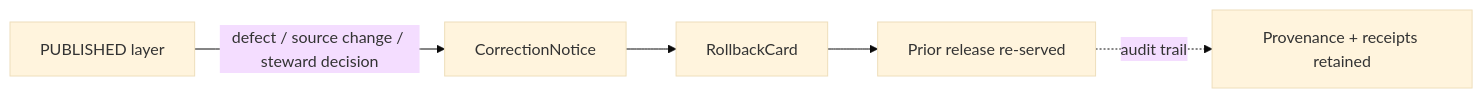
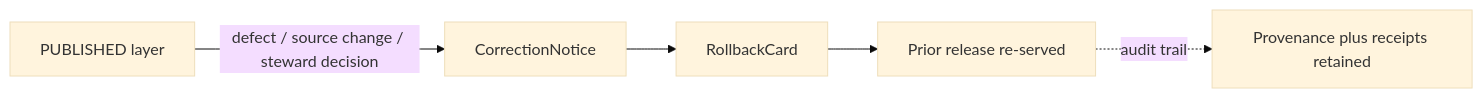
Before and after one commit to bartytime4life/Kansas-Frontier-Matrix: the fifth of 5 diagrams in docs/domains/hazards/EXPANSION_PLAN.md, drawn with Mermaid (base theme). The commit also changed other lines of this file, not shown here.

````diff
--- a/docs/domains/hazards/EXPANSION_PLAN.md
+++ b/docs/domains/hazards/EXPANSION_PLAN.md
@@ -469,7 +487,7 @@
 ```mermaid
 flowchart LR
-    PUB[PUBLISHED layer] -- defect / source change / steward decision --> CN[CorrectionNotice]
-    CN --> RC[RollbackCard]
-    RC --> PUBp[Prior release re-served]
-    PUBp -.audit trail.-> PROV[Provenance + receipts retained]
+    PUB["PUBLISHED layer"] -- "defect / source change / steward decision" --> CN["CorrectionNotice"]
+    CN --> RC["RollbackCard"]
+    RC --> PUBp["Prior release re-served"]
+    PUBp -.audit trail.-> PROV["Provenance plus receipts retained"]
 ```
````
